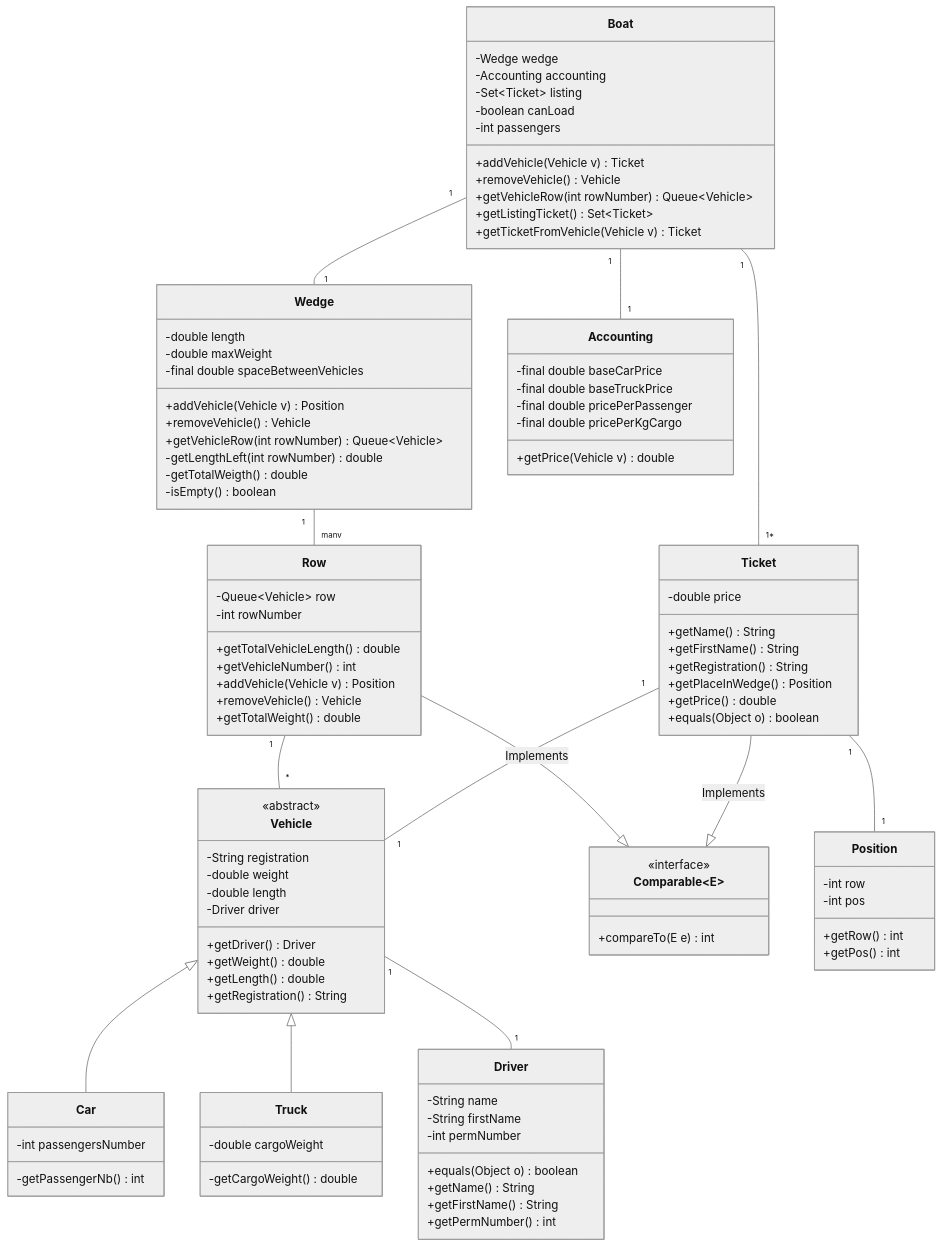
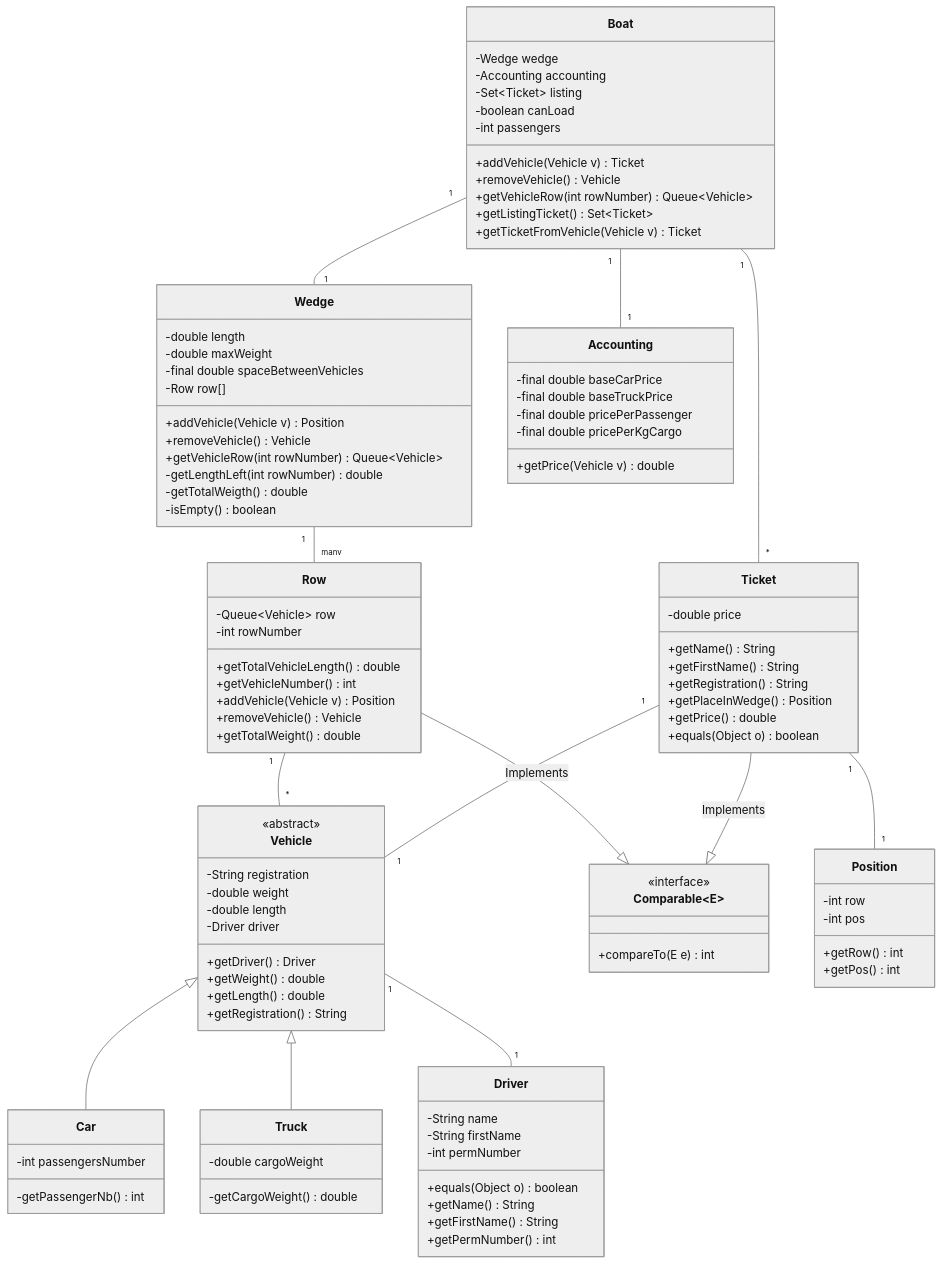
The diagram in README.md (thebosslol66/OBERON_GROSDIDIER_CARFERRY), drawn with Mermaid (neutral theme) before and after one commit. The commit also changed other lines of this file and 13 other files, not shown here.

````diff
--- a/README.md
+++ b/README.md
@@ -3,9 +9,8 @@
-```mermaid
-
+```{.mermaid width=1600}
 classDiagram
 
 Boat "1" -- "1" Wedge
-Boat "1" -- "1*" Ticket
+Boat "1" -- "*" Ticket
 Boat "1" -- "1" Accounting
 
 Row "1" -- "*" Vehicle
@@ -83,6 +88,7 @@
     -double length
     -double maxWeight
     -final double spaceBetweenVehicles
+    -Row row[]
     
 
     +addVehicle(Vehicle v) Position
````
